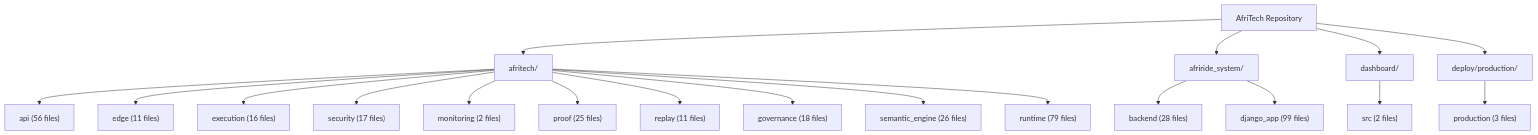
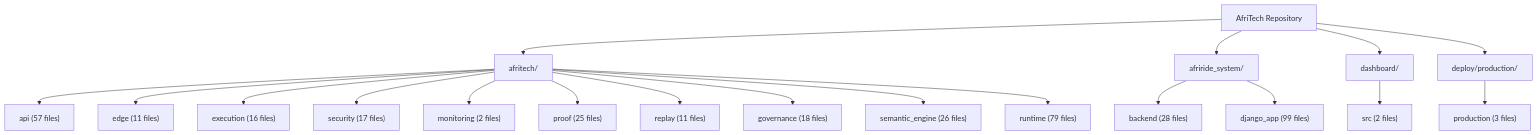
Before and after one commit to Strelly2023/afritelematics: the second of 2 diagrams in docs/architecture/AFRITECH_FULL_ARCHITECTURE_GRAPH.md, drawn with Mermaid. The commit also changed other lines of this file and 12 other files, not shown here.

````diff
--- a/docs/architecture/AFRITECH_FULL_ARCHITECTURE_GRAPH.md
+++ b/docs/architecture/AFRITECH_FULL_ARCHITECTURE_GRAPH.md
@@ -64,23 +64,23 @@
 ```mermaid
 flowchart TD
     Root["AfriTech Repository"] --> Core["afritech/"]
     Root --> Ride["afriride_system/"]
     Root --> Ui["dashboard/"]
     Root --> Deploy["deploy/production/"]
 
-    Core --> Api["api (56 files)"]
+    Core --> Api["api (57 files)"]
     Core --> Edge["edge (11 files)"]
     Core --> Execution["execution (16 files)"]
     Core --> Security["security (17 files)"]
     Core --> Monitoring["monitoring (2 files)"]
     Core --> Proof["proof (25 files)"]
     Core --> Replay["replay (11 files)"]
     Core --> Governance["governance (18 files)"]
     Core --> Semantic["semantic_engine (26 files)"]
     Core --> Runtime["runtime (79 files)"]
 
     Ride --> Backend["backend (28 files)"]
     Ride --> Django["django_app (99 files)"]
     Ui --> Dashboard["src (2 files)"]
     Deploy --> Production["production (3 files)"]
 ```
````
